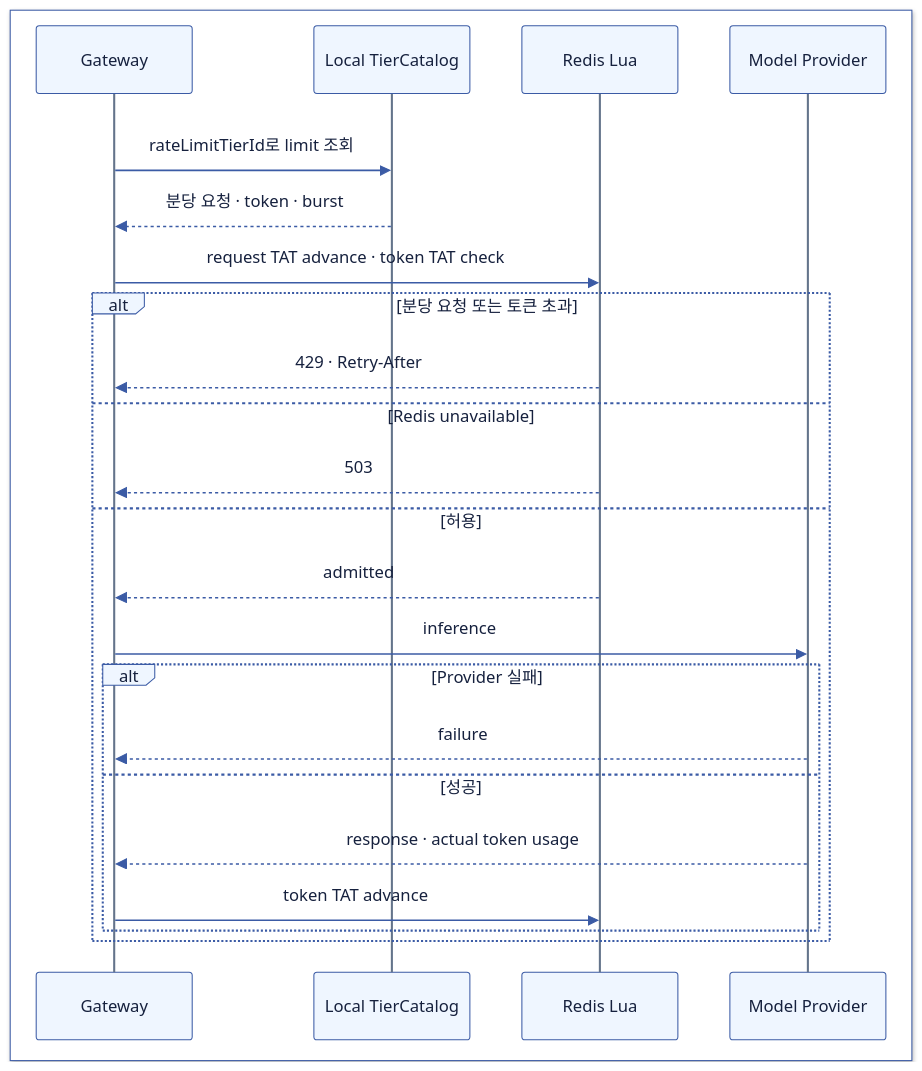
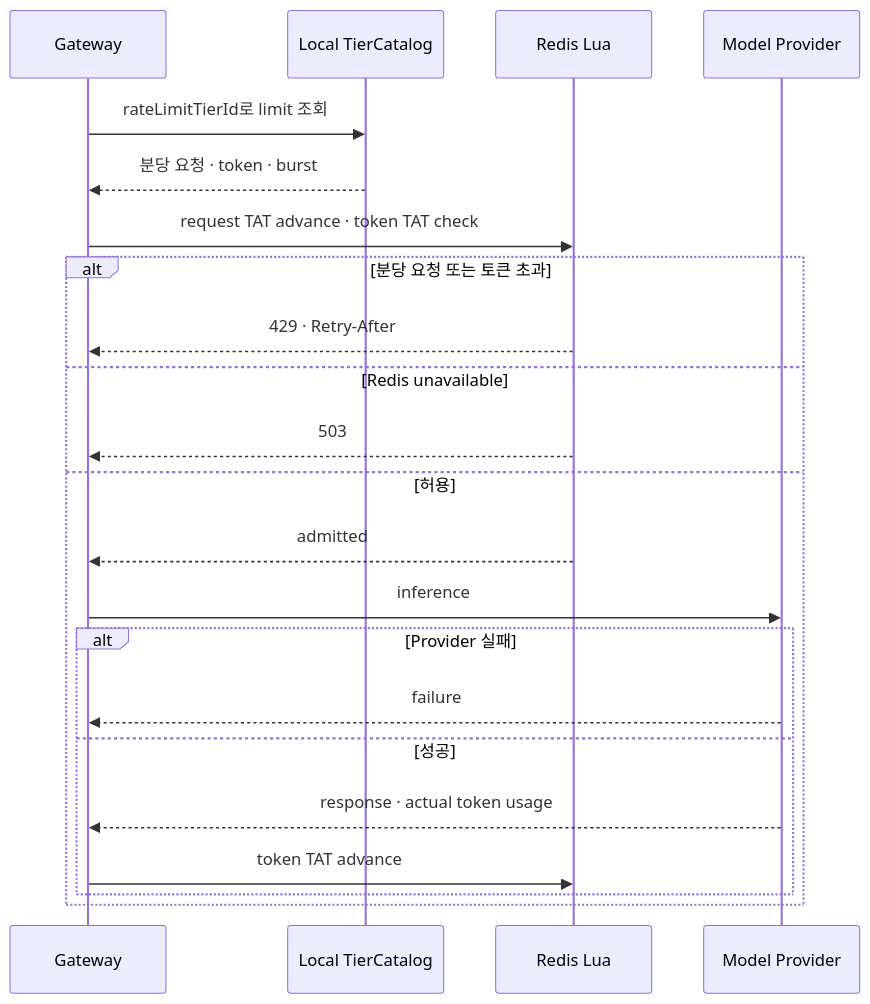
The third of 3 diagrams in system-design/2608-admission-control/2608-p1-rate-limit.md (Hyune-s-lab/my-ai-study), drawn with Mermaid before and after one commit. The commit also changed other lines of this file and 49 other files, not shown here.

Commit message:
docs: 단순 다이어그램은 Mermaid로, 복잡한 배치는 SVG로 정리

````diff
--- a/system-design/2608-admission-control/2608-p1-rate-limit.md
+++ b/system-design/2608-admission-control/2608-p1-rate-limit.md
@@ -240,29 +221,24 @@
 ```mermaid
 sequenceDiagram
-%%{init: {"theme": "base", "darkMode": false, "themeVariables": {"background": "#ffffff", "primaryColor": "#EFF6FF", "primaryTextColor": "#16213E", "primaryBorderColor": "#3B5BA5", "secondaryColor": "#F0FDF4", "tertiaryColor": "#FAF5FF", "lineColor": "#3B5BA5", "textColor": "#16213E", "edgeLabelBackground": "#ffffff", "actorBkg": "#EFF6FF", "actorBorder": "#3B5BA5", "actorTextColor": "#16213E", "signalColor": "#3B5BA5", "signalTextColor": "#16213E", "noteBkgColor": "#FFF7ED", "noteBorderColor": "#C98A2B", "noteTextColor": "#16213E", "labelBoxBkgColor": "#EFF6FF", "labelTextColor": "#16213E", "loopTextColor": "#16213E", "actorLineColor": "#64748B", "labelBoxBorderColor": "#3B5BA5"}}}%%
-  box rgb(255, 255, 255)
-    participant G as Gateway
-    participant T as Local TierCatalog
-    participant R as Redis Lua
-    participant P as Model Provider
-  end
-  rect rgb(255, 255, 255)
-    G->>T: rateLimitTierId로 limit 조회
-    T-->>G: 분당 요청 · token · burst
-    G->>R: request TAT advance · token TAT check
-    alt 분당 요청 또는 토큰 초과
-      R-->>G: 429 · Retry-After
-    else Redis unavailable
-      R-->>G: 503
-    else 허용
-      R-->>G: admitted
-      G->>P: inference
-      alt Provider 실패
-        P-->>G: failure
-      else 성공
-        P-->>G: response · actual token usage
-        G->>R: token TAT advance
-      end
+  participant G as Gateway
+  participant T as Local TierCatalog
+  participant R as Redis Lua
+  participant P as Model Provider
+  G->>T: rateLimitTierId로 limit 조회
+  T-->>G: 분당 요청 · token · burst
+  G->>R: request TAT advance · token TAT check
+  alt 분당 요청 또는 토큰 초과
+    R-->>G: 429 · Retry-After
+  else Redis unavailable
+    R-->>G: 503
+  else 허용
+    R-->>G: admitted
+    G->>P: inference
+    alt Provider 실패
+      P-->>G: failure
+    else 성공
+      P-->>G: response · actual token usage
+      G->>R: token TAT advance
     end
   end
 ```
````
